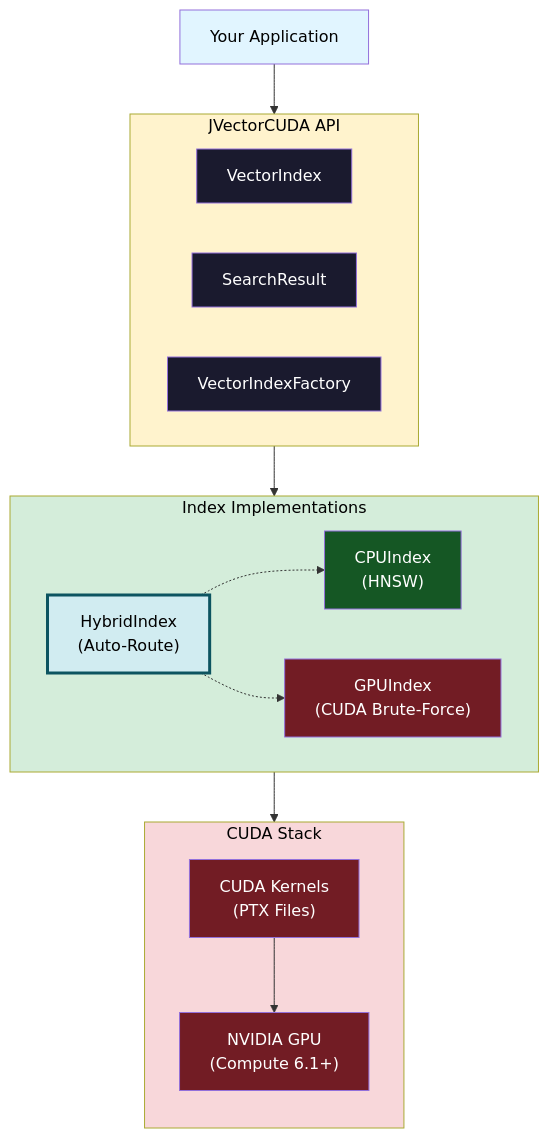
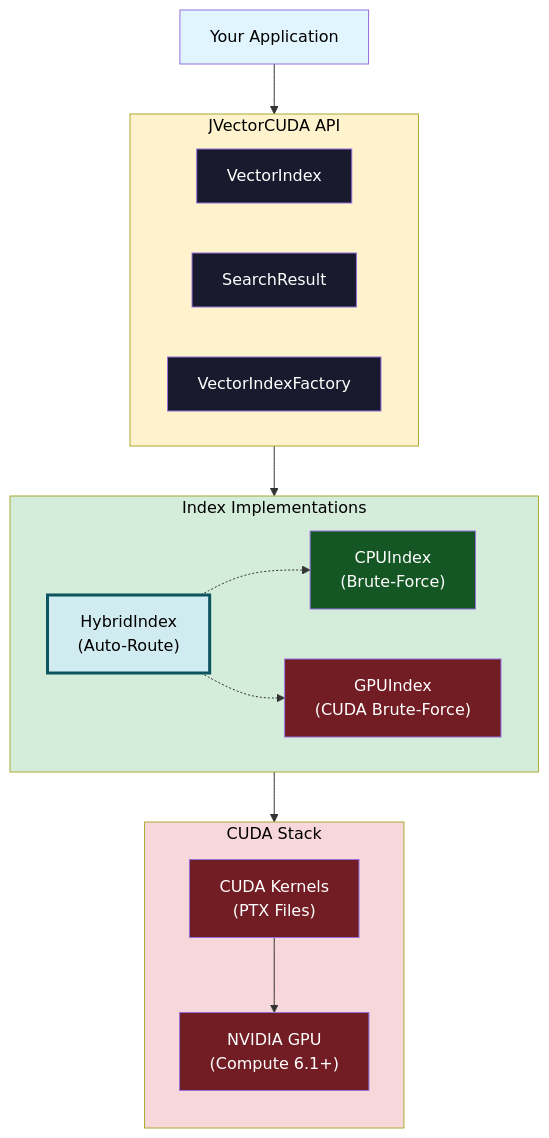
Before and after one commit to michaelangelo23/jvectorcuda: the first of 2 diagrams in README.md, drawn with Mermaid. The commit also changed other lines of this file and 4 other files, not shown here.

````diff
--- a/README.md
+++ b/README.md
@@ -63,46 +63,46 @@
 ```mermaid
 flowchart TB
     App["Your Application"]
     
     subgraph API["JVectorCUDA API"]
         direction LR
         VectorIndex["VectorIndex"]
         SearchResult["SearchResult"]
         Factory["VectorIndexFactory"]
     end
     
     subgraph Implementations["Index Implementations"]
         direction LR
-        CPU["CPUIndex<br/>(HNSW)"]
+        CPU["CPUIndex<br/>(Brute-Force)"]
         GPU["GPUIndex<br/>(CUDA Brute-Force)"]
         Hybrid["HybridIndex<br/>(Auto-Route)"]
     end
     
     subgraph CUDAStack["CUDA Stack"]
         direction TB
         Kernels["CUDA Kernels<br/>(PTX Files)"]
         NVGPU["NVIDIA GPU<br/>(Compute 6.1+)"]
     end
     
     App --> API
     API --> Implementations
     
     GPU --> CUDAStack
     Hybrid -.-> CPU
     Hybrid -.-> GPU
     
     Kernels --> NVGPU
     
     style App fill:#e1f5ff,color:#000
     style API fill:#fff3cd,color:#000
     style Implementations fill:#d4edda,color:#000
     style CUDAStack fill:#f8d7da,color:#000
     style Hybrid fill:#d1ecf1,stroke:#0c5460,stroke-width:3px,color:#000
     style VectorIndex fill:#1a1a2e,color:#fff
     style SearchResult fill:#1a1a2e,color:#fff
     style Factory fill:#1a1a2e,color:#fff
     style CPU fill:#155724,color:#fff
     style GPU fill:#721c24,color:#fff
     style Kernels fill:#721c24,color:#fff
     style NVGPU fill:#721c24,color:#fff
 ```
````
